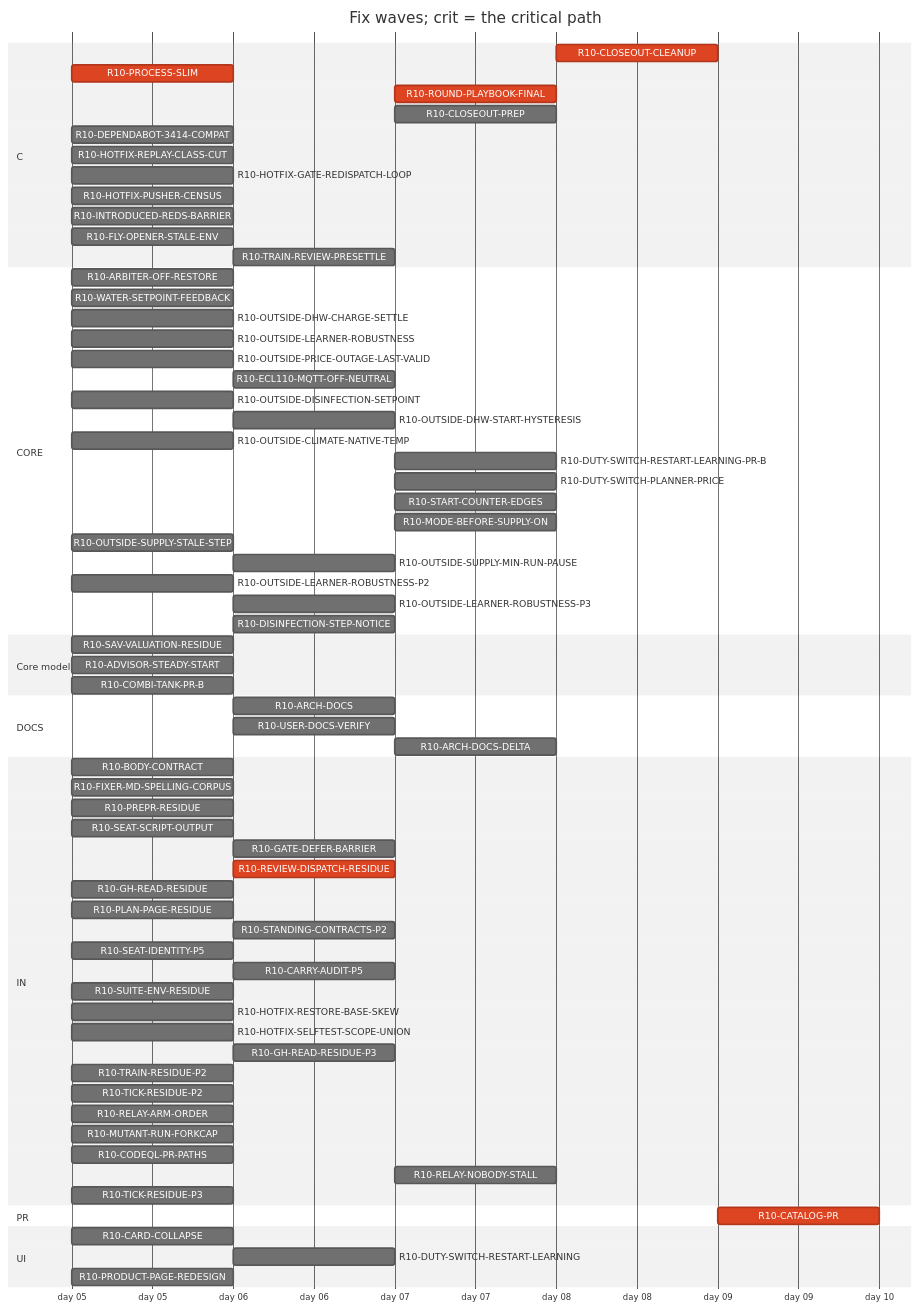
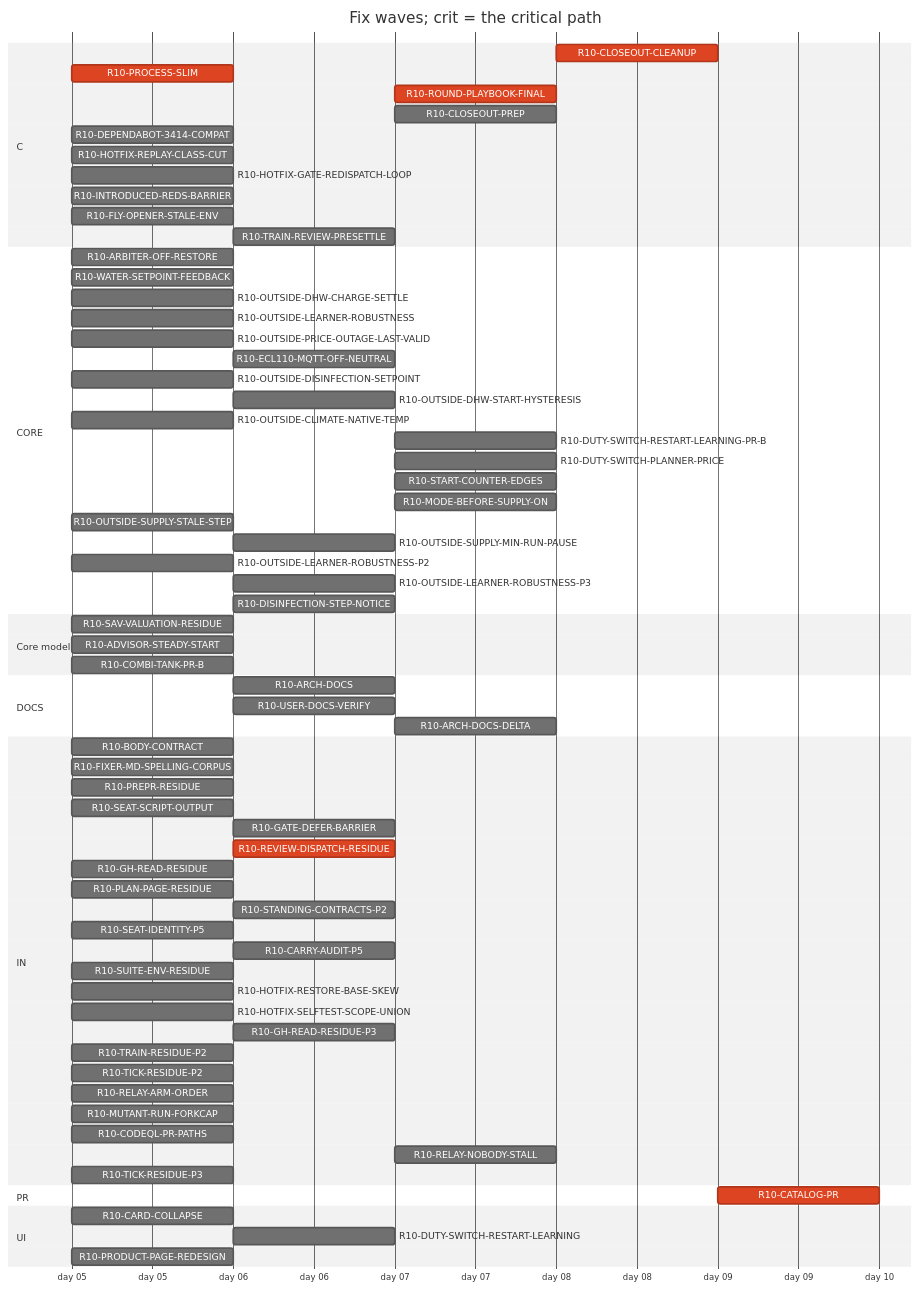
The diagram in handoff/round10/state/PLAN-TABLE.md (tvofi/heatpump_optimizer), drawn with Mermaid (neutral theme) before and after one commit. The commit also changed other lines of this file and 3 other files, not shown here.

Commit message:
state: FLOW-BOARD.md, NEXT-SESSION-PROMPT.md, PLAN-TABLE.md, RESUME-CURRENT.md regenerated (state_docs.py)

````diff
--- a/handoff/round10/state/PLAN-TABLE.md
+++ b/handoff/round10/state/PLAN-TABLE.md
@@ -20,74 +20,73 @@
 ```mermaid
 gantt
   title Fix waves; crit = the critical path
   dateFormat YYYY-MM-DD
   axisFormat day %d
   section C
     R10-CLOSEOUT-CLEANUP :crit, r10CLOSEOUTCLEANUP, after r10ARCHDOCS r10USERDOCSVERIFY r10ROUNDPLAYBOOKFINAL r10CLOSEOUTPREP r10ARCHDOCSDELTA, 1d
     R10-PROCESS-SLIM :crit, r10PROCESSSLIM, 2026-01-05, 1d
     R10-ROUND-PLAYBOOK-FINAL :crit, r10ROUNDPLAYBOOKFINAL, after r10BODYCONTRACT r10PROCESSSLIM r10FIXERMDSPELLINGCORPUS r10PREPRRESIDUE r10SEATSCRIPTOUTPUT r10REVIEWDISPATCHRESIDUE r10CARRYAUDITP5 r10SEATIDENTITYP5 r10STANDINGCONTRACTSP2 r10PLANPAGERESIDUE r10GHREADRESIDUE r10SUITEENVRESIDUE r10GATEDEFERBARRIER, 1d
     R10-CLOSEOUT-PREP :r10CLOSEOUTPREP, after r10ARCHDOCS r10BODYCONTRACT r10PROCESSSLIM r10FIXERMDSPELLINGCORPUS r10PREPRRESIDUE r10SEATSCRIPTOUTPUT r10REVIEWDISPATCHRESIDUE r10CARRYAUDITP5 r10SEATIDENTITYP5 r10STANDINGCONTRACTSP2 r10PLANPAGERESIDUE r10GHREADRESIDUE r10SUITEENVRESIDUE r10GATEDEFERBARRIER, 1d
     R10-DEPENDABOT-3414-COMPAT :r10DEPENDABOT3414COMPAT, 2026-01-05, 1d
     R10-HOTFIX-REPLAY-CLASS-CUT :r10HOTFIXREPLAYCLASSCUT, 2026-01-05, 1d
     R10-HOTFIX-GATE-REDISPATCH-LOOP :r10HOTFIXGATEREDISPATCHLOOP, 2026-01-05, 1d
-    R10-HOTFIX-PUSHER-CENSUS :r10HOTFIXPUSHERCENSUS, 2026-01-05, 1d
     R10-INTRODUCED-REDS-BARRIER :r10INTRODUCEDREDSBARRIER, 2026-01-05, 1d
     R10-FLY-OPENER-STALE-ENV :r10FLYOPENERSTALEENV, 2026-01-05, 1d
     R10-TRAIN-REVIEW-PRESETTLE :r10TRAINREVIEWPRESETTLE, after r10TRAINRESIDUEP2, 1d
   section CORE
     R10-ARBITER-OFF-RESTORE :r10ARBITEROFFRESTORE, 2026-01-05, 1d
     R10-WATER-SETPOINT-FEEDBACK :r10WATERSETPOINTFEEDBACK, 2026-01-05, 1d
     R10-OUTSIDE-DHW-CHARGE-SETTLE :r10OUTSIDEDHWCHARGESETTLE, 2026-01-05, 1d
     R10-OUTSIDE-LEARNER-ROBUSTNESS :r10OUTSIDELEARNERROBUSTNESS, 2026-01-05, 1d
     R10-OUTSIDE-PRICE-OUTAGE-LAST-VALID :r10OUTSIDEPRICEOUTAGELASTVALID, 2026-01-05, 1d
     R10-ECL110-MQTT-OFF-NEUTRAL :r10ECL110MQTTOFFNEUTRAL, after r10ARBITEROFFRESTORE, 1d
     R10-OUTSIDE-DISINFECTION-SETPOINT :r10OUTSIDEDISINFECTIONSETPOINT, 2026-01-05, 1d
     R10-OUTSIDE-DHW-START-HYSTERESIS :r10OUTSIDEDHWSTARTHYSTERESIS, after r10OUTSIDEDISINFECTIONSETPOINT, 1d
     R10-OUTSIDE-CLIMATE-NATIVE-TEMP :r10OUTSIDECLIMATENATIVETEMP, 2026-01-05, 1d
     R10-DUTY-SWITCH-RESTART-LEARNING-PR-B :r10DUTYSWITCHRESTARTLEARNINGPRB, after r10DUTYSWITCHRESTARTLEARNING, 1d
     R10-DUTY-SWITCH-PLANNER-PRICE :r10DUTYSWITCHPLANNERPRICE, after r10DUTYSWITCHRESTARTLEARNING, 1d
     R10-START-COUNTER-EDGES :r10STARTCOUNTEREDGES, after r10DUTYSWITCHRESTARTLEARNING, 1d
     R10-MODE-BEFORE-SUPPLY-ON :r10MODEBEFORESUPPLYON, after r10DUTYSWITCHRESTARTLEARNING, 1d
     R10-OUTSIDE-SUPPLY-STALE-STEP :r10OUTSIDESUPPLYSTALESTEP, 2026-01-05, 1d
     R10-OUTSIDE-SUPPLY-MIN-RUN-PAUSE :r10OUTSIDESUPPLYMINRUNPAUSE, after r10OUTSIDESUPPLYSTALESTEP, 1d
     R10-OUTSIDE-LEARNER-ROBUSTNESS-P2 :r10OUTSIDELEARNERROBUSTNESSP2, 2026-01-05, 1d
     R10-OUTSIDE-LEARNER-ROBUSTNESS-P3 :r10OUTSIDELEARNERROBUSTNESSP3, after r10OUTSIDELEARNERROBUSTNESS r10OUTSIDELEARNERROBUSTNESSP2, 1d
     R10-DISINFECTION-STEP-NOTICE :r10DISINFECTIONSTEPNOTICE, after r10OUTSIDEDISINFECTIONSETPOINT, 1d
   section Core model
     R10-SAV-VALUATION-RESIDUE :r10SAVVALUATIONRESIDUE, 2026-01-05, 1d
     R10-ADVISOR-STEADY-START :r10ADVISORSTEADYSTART, 2026-01-05, 1d
     R10-COMBI-TANK-PR-B :r10COMBITANKPRB, 2026-01-05, 1d
   section DOCS
     R10-ARCH-DOCS :r10ARCHDOCS, after r10BODYCONTRACT r10PROCESSSLIM, 1d
     R10-USER-DOCS-VERIFY :r10USERDOCSVERIFY, after r10ARBITEROFFRESTORE r10PRODUCTPAGEREDESIGN, 1d
     R10-ARCH-DOCS-DELTA :r10ARCHDOCSDELTA, after r10ARCHDOCS r10ARBITEROFFRESTORE r10SAVVALUATIONRESIDUE r10ADVISORSTEADYSTART r10COMBITANKPRB, 1d
   section IN
     R10-BODY-CONTRACT :r10BODYCONTRACT, 2026-01-05, 1d
     R10-FIXER-MD-SPELLING-CORPUS :r10FIXERMDSPELLINGCORPUS, 2026-01-05, 1d
     R10-PREPR-RESIDUE :r10PREPRRESIDUE, 2026-01-05, 1d
     R10-SEAT-SCRIPT-OUTPUT :r10SEATSCRIPTOUTPUT, 2026-01-05, 1d
     R10-GATE-DEFER-BARRIER :r10GATEDEFERBARRIER, after r10HOTFIXGATEREDISPATCHLOOP, 1d
     R10-REVIEW-DISPATCH-RESIDUE :crit, r10REVIEWDISPATCHRESIDUE, after r10PROCESSSLIM, 1d
     R10-GH-READ-RESIDUE :r10GHREADRESIDUE, 2026-01-05, 1d
     R10-PLAN-PAGE-RESIDUE :r10PLANPAGERESIDUE, 2026-01-05, 1d
     R10-STANDING-CONTRACTS-P2 :r10STANDINGCONTRACTSP2, after r10FIXERMDSPELLINGCORPUS, 1d
     R10-SEAT-IDENTITY-P5 :r10SEATIDENTITYP5, 2026-01-05, 1d
     R10-CARRY-AUDIT-P5 :r10CARRYAUDITP5, after r10BODYCONTRACT, 1d
     R10-SUITE-ENV-RESIDUE :r10SUITEENVRESIDUE, 2026-01-05, 1d
     R10-HOTFIX-RESTORE-BASE-SKEW :r10HOTFIXRESTOREBASESKEW, 2026-01-05, 1d
     R10-HOTFIX-SELFTEST-SCOPE-UNION :r10HOTFIXSELFTESTSCOPEUNION, 2026-01-05, 1d
     R10-GH-READ-RESIDUE-P3 :r10GHREADRESIDUEP3, after r10GHREADRESIDUE, 1d
     R10-TRAIN-RESIDUE-P2 :r10TRAINRESIDUEP2, 2026-01-05, 1d
     R10-TICK-RESIDUE-P2 :r10TICKRESIDUEP2, 2026-01-05, 1d
     R10-RELAY-ARM-ORDER :r10RELAYARMORDER, 2026-01-05, 1d
     R10-MUTANT-RUN-FORKCAP :r10MUTANTRUNFORKCAP, 2026-01-05, 1d
     R10-CODEQL-PR-PATHS :r10CODEQLPRPATHS, 2026-01-05, 1d
     R10-RELAY-NOBODY-STALL :r10RELAYNOBODYSTALL, after r10RELAYARMORDER r10REVIEWDISPATCHRESIDUE, 1d
     R10-TICK-RESIDUE-P3 :r10TICKRESIDUEP3, 2026-01-05, 1d
   section PR
     R10-CATALOG-PR :crit, r10CATALOGPR, after r10USERDOCSVERIFY r10ARCHDOCS r10ROUNDPLAYBOOKFINAL r10CLOSEOUTCLEANUP r10CLOSEOUTPREP r10ARCHDOCSDELTA, 1d
   section UI
     R10-CARD-COLLAPSE :r10CARDCOLLAPSE, 2026-01-05, 1d
     R10-DUTY-SWITCH-RESTART-LEARNING :r10DUTYSWITCHRESTARTLEARNING, after r10WATERSETPOINTFEEDBACK, 1d
     R10-PRODUCT-PAGE-REDESIGN :r10PRODUCTPAGEREDESIGN, 2026-01-05, 1d
 ```
````
